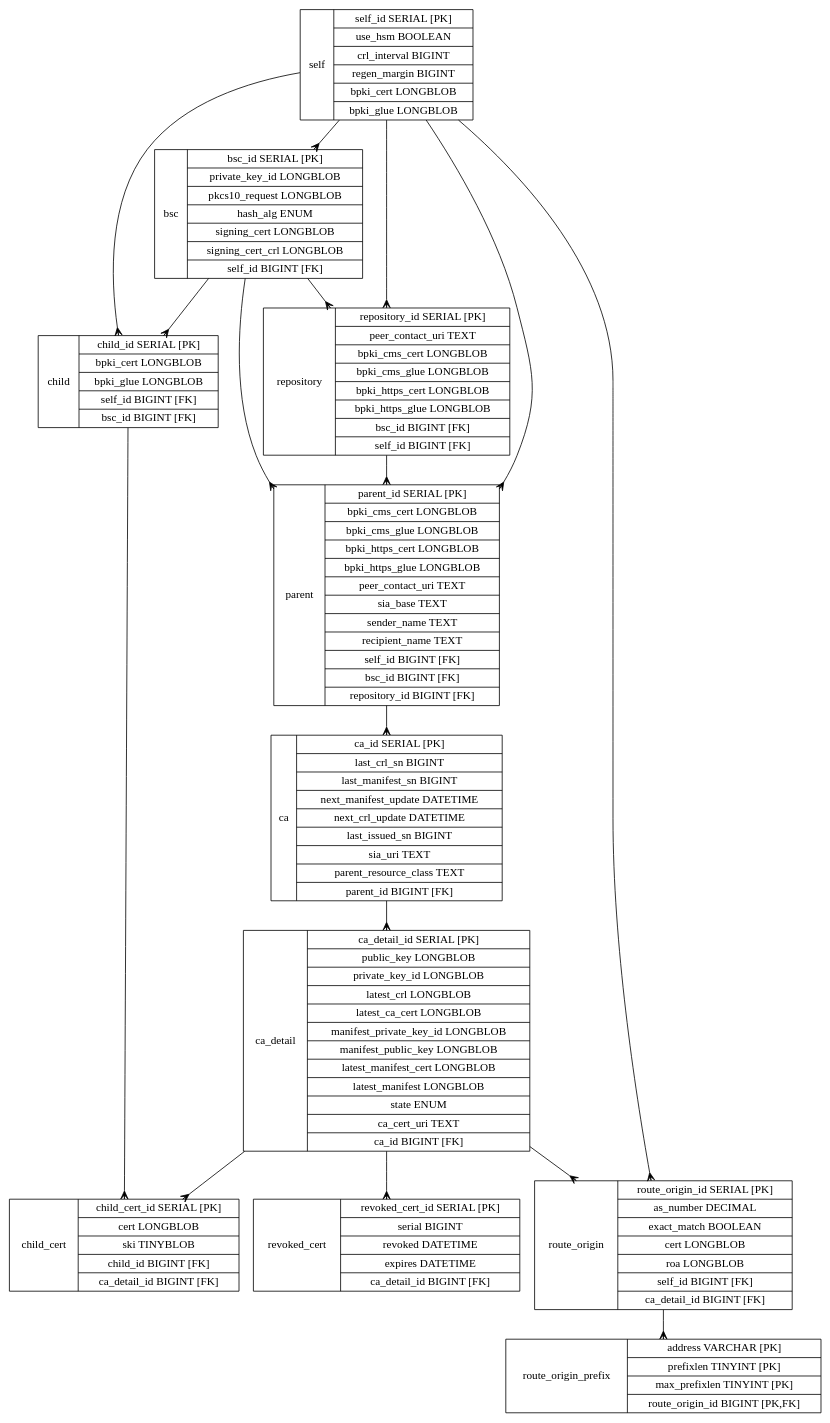
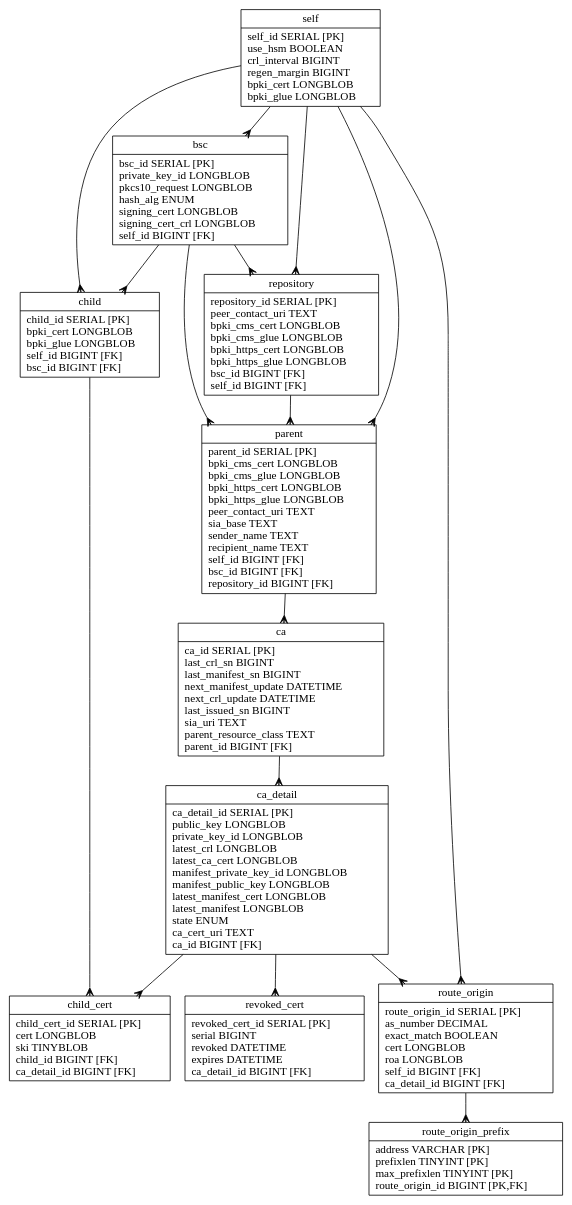
One commit to dragonresearch/rpki.net changed the diagram in rpkid/doc/rpkid.dot. Above: the diagram before and after it, drawn with Graphviz. The commit also changed 12 other files, not shown here.

```diff
--- a/rpkid/doc/rpkid.dot
+++ b/rpkid/doc/rpkid.dot
@@ -1,34 +1,34 @@
 // Automatically generated from rpkid.sql
 
 digraph test {
 	edge [arrowtail=none, arrowhead=crow];
 	graph [ratio=fill, overlap=false, bgcolor=white];
 	node [label="\N", fillcolor=white, shape=record, style=filled];
-	self [label="self|{self_id\ SERIAL\ \[PK\]|use_hsm\ BOOLEAN|crl_interval\ BIGINT|regen_margin\ BIGINT|bpki_cert\ LONGBLOB|bpki_glue\ LONGBLOB}"];
-	bsc [label="bsc|{bsc_id\ SERIAL\ \[PK\]|private_key_id\ LONGBLOB|pkcs10_request\ LONGBLOB|hash_alg\ ENUM|signing_cert\ LONGBLOB|signing_cert_crl\ LONGBLOB|self_id\ BIGINT\ \[FK\]}"];
-	repository [label="repository|{repository_id\ SERIAL\ \[PK\]|peer_contact_uri\ TEXT|bpki_cms_cert\ LONGBLOB|bpki_cms_glue\ LONGBLOB|bpki_https_cert\ LONGBLOB|bpki_https_glue\ LONGBLOB|bsc_id\ BIGINT\ \[FK\]|self_id\ BIGINT\ \[FK\]}"];
-	parent [label="parent|{parent_id\ SERIAL\ \[PK\]|bpki_cms_cert\ LONGBLOB|bpki_cms_glue\ LONGBLOB|bpki_https_cert\ LONGBLOB|bpki_https_glue\ LONGBLOB|peer_contact_uri\ TEXT|sia_base\ TEXT|sender_name\ TEXT|recipient_name\ TEXT|self_id\ BIGINT\ \[FK\]|bsc_id\ BIGINT\ \[FK\]|repository_id\ BIGINT\ \[FK\]}"];
-	ca [label="ca|{ca_id\ SERIAL\ \[PK\]|last_crl_sn\ BIGINT|last_manifest_sn\ BIGINT|next_manifest_update\ DATETIME|next_crl_update\ DATETIME|last_issued_sn\ BIGINT|sia_uri\ TEXT|parent_resource_class\ TEXT|parent_id\ BIGINT\ \[FK\]}"];
-	ca_detail [label="ca_detail|{ca_detail_id\ SERIAL\ \[PK\]|public_key\ LONGBLOB|private_key_id\ LONGBLOB|latest_crl\ LONGBLOB|latest_ca_cert\ LONGBLOB|manifest_private_key_id\ LONGBLOB|manifest_public_key\ LONGBLOB|latest_manifest_cert\ LONGBLOB|latest_manifest\ LONGBLOB|state\ ENUM|ca_cert_uri\ TEXT|ca_id\ BIGINT\ \[FK\]}"];
-	child [label="child|{child_id\ SERIAL\ \[PK\]|bpki_cert\ LONGBLOB|bpki_glue\ LONGBLOB|self_id\ BIGINT\ \[FK\]|bsc_id\ BIGINT\ \[FK\]}"];
-	child_cert [label="child_cert|{child_cert_id\ SERIAL\ \[PK\]|cert\ LONGBLOB|ski\ TINYBLOB|child_id\ BIGINT\ \[FK\]|ca_detail_id\ BIGINT\ \[FK\]}"];
-	revoked_cert [label="revoked_cert|{revoked_cert_id\ SERIAL\ \[PK\]|serial\ BIGINT|revoked\ DATETIME|expires\ DATETIME|ca_detail_id\ BIGINT\ \[FK\]}"];
-	route_origin [label="route_origin|{route_origin_id\ SERIAL\ \[PK\]|as_number\ DECIMAL|exact_match\ BOOLEAN|cert\ LONGBLOB|roa\ LONGBLOB|self_id\ BIGINT\ \[FK\]|ca_detail_id\ BIGINT\ \[FK\]}"];
-	route_origin_prefix [label="route_origin_prefix|{address\ VARCHAR\ \[PK\]|prefixlen\ TINYINT\ \[PK\]|max_prefixlen\ TINYINT\ \[PK\]|route_origin_id\ BIGINT\ \[PK,FK\]}"];
+	self [label="{self\n|self_id\ SERIAL\ [PK]\luse_hsm\ BOOLEAN\lcrl_interval\ BIGINT\lregen_margin\ BIGINT\lbpki_cert\ LONGBLOB\lbpki_glue\ LONGBLOB\l}"];
+	bsc [label="{bsc\n|bsc_id\ SERIAL\ [PK]\lprivate_key_id\ LONGBLOB\lpkcs10_request\ LONGBLOB\lhash_alg\ ENUM\lsigning_cert\ LONGBLOB\lsigning_cert_crl\ LONGBLOB\lself_id\ BIGINT\ [FK]\l}"];
+	repository [label="{repository\n|repository_id\ SERIAL\ [PK]\lpeer_contact_uri\ TEXT\lbpki_cms_cert\ LONGBLOB\lbpki_cms_glue\ LONGBLOB\lbpki_https_cert\ LONGBLOB\lbpki_https_glue\ LONGBLOB\lbsc_id\ BIGINT\ [FK]\lself_id\ BIGINT\ [FK]\l}"];
+	parent [label="{parent\n|parent_id\ SERIAL\ [PK]\lbpki_cms_cert\ LONGBLOB\lbpki_cms_glue\ LONGBLOB\lbpki_https_cert\ LONGBLOB\lbpki_https_glue\ LONGBLOB\lpeer_contact_uri\ TEXT\lsia_base\ TEXT\lsender_name\ TEXT\lrecipient_name\ TEXT\lself_id\ BIGINT\ [FK]\lbsc_id\ BIGINT\ [FK]\lrepository_id\ BIGINT\ [FK]\l}"];
+	ca [label="{ca\n|ca_id\ SERIAL\ [PK]\llast_crl_sn\ BIGINT\llast_manifest_sn\ BIGINT\lnext_manifest_update\ DATETIME\lnext_crl_update\ DATETIME\llast_issued_sn\ BIGINT\lsia_uri\ TEXT\lparent_resource_class\ TEXT\lparent_id\ BIGINT\ [FK]\l}"];
+	ca_detail [label="{ca_detail\n|ca_detail_id\ SERIAL\ [PK]\lpublic_key\ LONGBLOB\lprivate_key_id\ LONGBLOB\llatest_crl\ LONGBLOB\llatest_ca_cert\ LONGBLOB\lmanifest_private_key_id\ LONGBLOB\lmanifest_public_key\ LONGBLOB\llatest_manifest_cert\ LONGBLOB\llatest_manifest\ LONGBLOB\lstate\ ENUM\lca_cert_uri\ TEXT\lca_id\ BIGINT\ [FK]\l}"];
+	child [label="{child\n|child_id\ SERIAL\ [PK]\lbpki_cert\ LONGBLOB\lbpki_glue\ LONGBLOB\lself_id\ BIGINT\ [FK]\lbsc_id\ BIGINT\ [FK]\l}"];
+	child_cert [label="{child_cert\n|child_cert_id\ SERIAL\ [PK]\lcert\ LONGBLOB\lski\ TINYBLOB\lchild_id\ BIGINT\ [FK]\lca_detail_id\ BIGINT\ [FK]\l}"];
+	revoked_cert [label="{revoked_cert\n|revoked_cert_id\ SERIAL\ [PK]\lserial\ BIGINT\lrevoked\ DATETIME\lexpires\ DATETIME\lca_detail_id\ BIGINT\ [FK]\l}"];
+	route_origin [label="{route_origin\n|route_origin_id\ SERIAL\ [PK]\las_number\ DECIMAL\lexact_match\ BOOLEAN\lcert\ LONGBLOB\lroa\ LONGBLOB\lself_id\ BIGINT\ [FK]\lca_detail_id\ BIGINT\ [FK]\l}"];
+	route_origin_prefix [label="{route_origin_prefix\n|address\ VARCHAR\ [PK]\lprefixlen\ TINYINT\ [PK]\lmax_prefixlen\ TINYINT\ [PK]\lroute_origin_id\ BIGINT\ [PK,FK]\l}"];
 	bsc -> child;
 	bsc -> parent;
 	bsc -> repository;
 	ca -> ca_detail;
 	ca_detail -> child_cert;
 	ca_detail -> revoked_cert;
 	ca_detail -> route_origin;
 	child -> child_cert;
 	parent -> ca;
 	repository -> parent;
 	route_origin -> route_origin_prefix;
 	self -> bsc;
 	self -> child;
 	self -> parent;
 	self -> repository;
 	self -> route_origin;
 }
```
